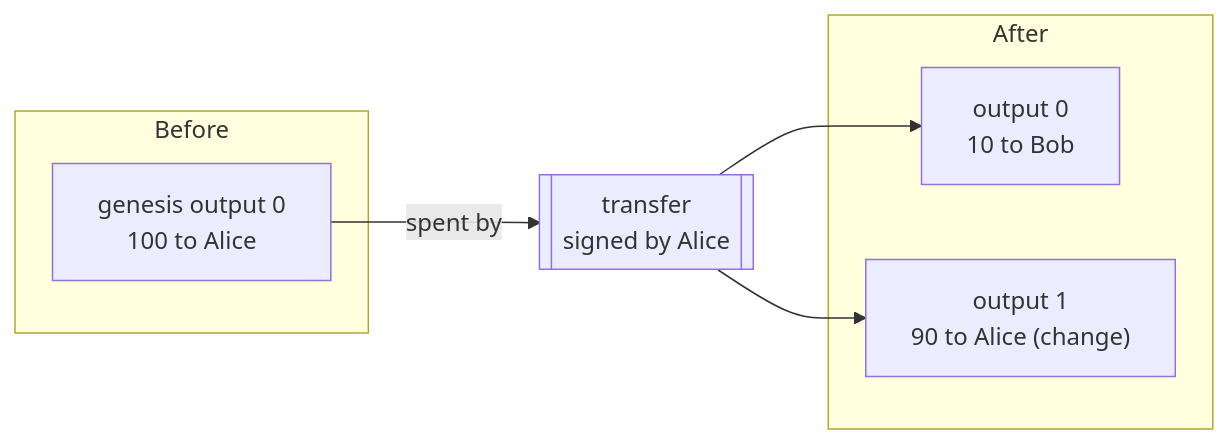
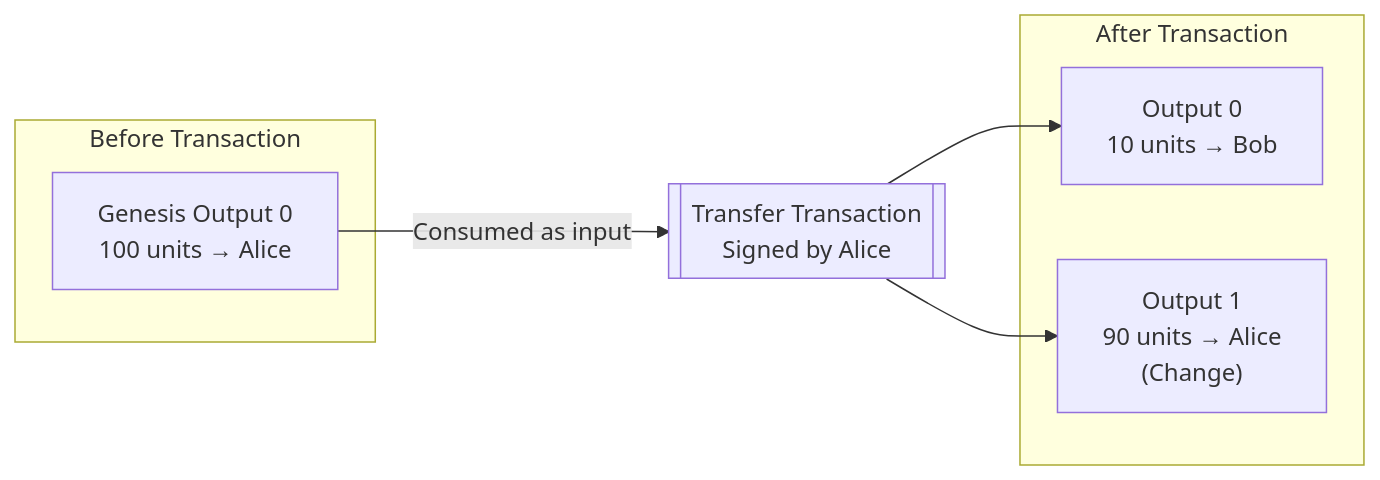
One commit to walidwh21/MiniChain changed the sixth of 9 diagrams in README.md. Above: the diagram before and after it, drawn with Mermaid. The commit also changed other lines of this file, not shown here.

````diff
--- a/README.md
+++ b/README.md
@@ -179,14 +193,17 @@
 ```mermaid
 flowchart LR
-    subgraph Before
-        G0["genesis output 0<br/>100 to Alice"]
+    subgraph Before["Before Transaction"]
+        G0["Genesis Output 0<br/>100 units → Alice"]
     end
-    TX[["transfer<br/>signed by Alice"]]
-    subgraph After
-        O1["output 0<br/>10 to Bob"]
-        O2["output 1<br/>90 to Alice (change)"]
+
+    TX[["Transfer Transaction<br/>Signed by Alice"]]
+
+    subgraph After["After Transaction"]
+        O1["Output 0<br/>10 units → Bob"]
+        O2["Output 1<br/>90 units → Alice<br/>(Change)"]
     end
-    G0 -- "spent by" --> TX
+
+    G0 -->|"Consumed as input"| TX
     TX --> O1
     TX --> O2
 ```
````
